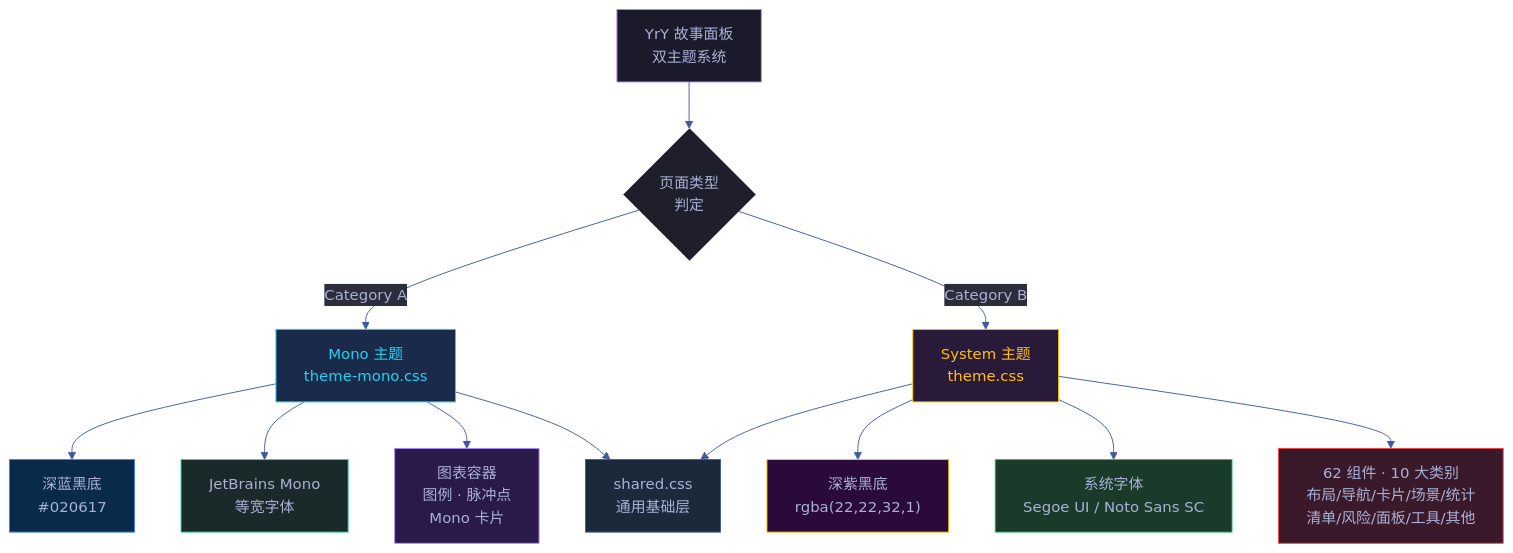
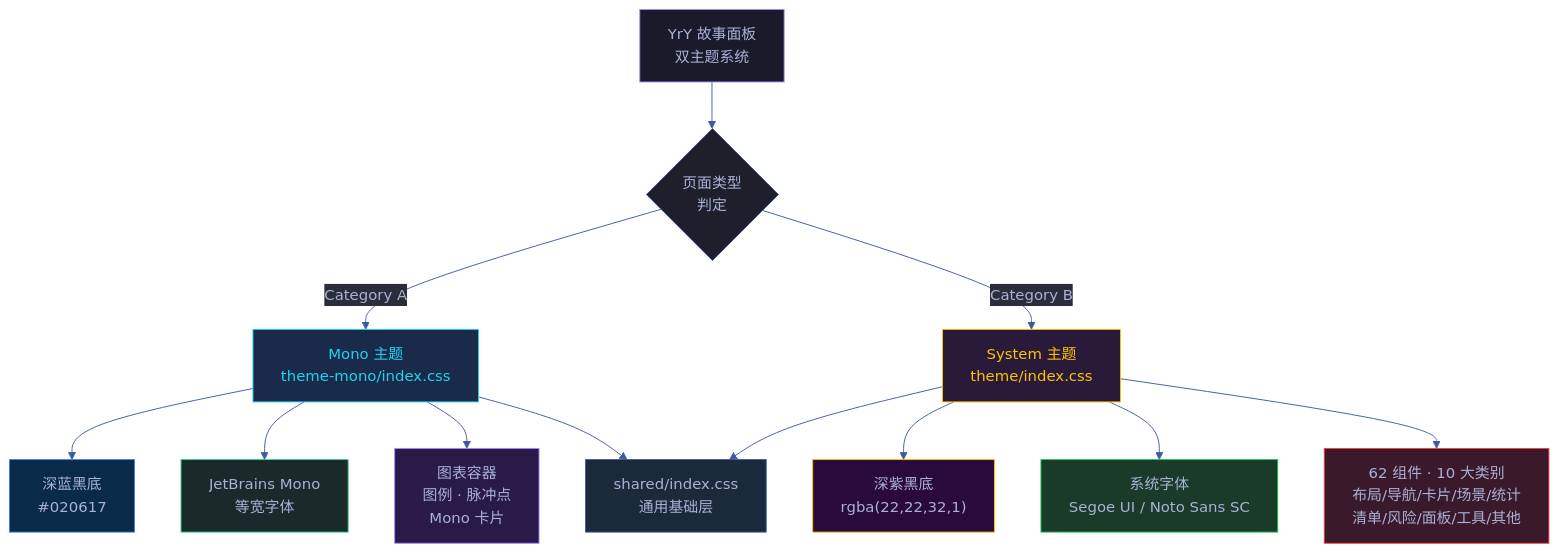
Before and after one commit to effiy/YrY: the first of 2 diagrams in cdn/故事任务面板/cdn/场景-2-双主题系统设计/index.md, drawn with Mermaid. The commit also changed other lines of this file and 553 other files, not shown here.

````diff
--- a/cdn/故事任务面板/cdn/场景-2-双主题系统设计/index.md
+++ b/cdn/故事任务面板/cdn/场景-2-双主题系统设计/index.md
@@ -8,36 +8,36 @@
 ```mermaid
 %%{init: {'theme': 'base', 'themeVariables': {
   'primaryColor': '#1e1f2b',
   'primaryTextColor': '#a9b1d6',
   'primaryBorderColor': '#3d59a1',
   'lineColor': '#3d59a1',
   'secondaryColor': '#2b2d3b',
   'tertiaryColor': '#21232f'
 }}}%%
 flowchart TD
     ROOT["YrY 故事面板<br/>双主题系统"]:::root --> SPLIT{"页面类型<br/>判定"}
-    SPLIT -->|"Category A"| MONO["Mono 主题<br/>theme-mono.css"]:::mono
-    SPLIT -->|"Category B"| SYSTEM["System 主题<br/>theme.css"]:::sys
+    SPLIT -->|"Category A"| MONO["Mono 主题<br/>theme-mono/index.css"]:::mono
+    SPLIT -->|"Category B"| SYSTEM["System 主题<br/>theme/index.css"]:::sys
 
     MONO --> M_BG["深蓝黑底<br/>#020617"]:::color
     MONO --> M_FONT["JetBrains Mono<br/>等宽字体"]:::font
     MONO --> M_COMP["图表容器<br/>图例 · 脉冲点<br/>Mono 卡片"]:::comp
 
     SYSTEM --> S_BG["深紫黑底<br/>rgba(22,22,32,1)"]:::color2
     SYSTEM --> S_FONT["系统字体<br/>Segoe UI / Noto Sans SC"]:::font2
     SYSTEM --> S_COMP["62 组件 · 10 大类别<br/>布局/导航/卡片/场景/统计<br/>清单/风险/面板/工具/其他"]:::comp2
 
-    MONO --> SHARED["shared.css<br/>通用基础层"]:::base
+    MONO --> SHARED["shared/index.css<br/>通用基础层"]:::base
     SYSTEM --> SHARED
 
     classDef root fill:#1a1a2a,stroke:#a78bfa,color:#a9b1d6
     classDef mono fill:#1a2a4a,stroke:#22d3ee,color:#22d3ee
     classDef sys fill:#2a1a3a,stroke:#FFC107,color:#FFC107
     classDef color fill:#0a2a4a,stroke:#3B82F6,color:#a9b1d6
     classDef font fill:#1a2a2a,stroke:#34d399,color:#a9b1d6
     classDef comp fill:#2a1a4a,stroke:#a78bfa,color:#a9b1d6
     classDef color2 fill:#2a0a3a,stroke:#FFC107,color:#a9b1d6
     classDef font2 fill:#1a3a2a,stroke:#22c55e,color:#a9b1d6
     classDef comp2 fill:#3a1a2a,stroke:#ef4444,color:#a9b1d6
     classDef base fill:#1a2a3a,stroke:#3d59a1,color:#a9b1d6
 ```
````
